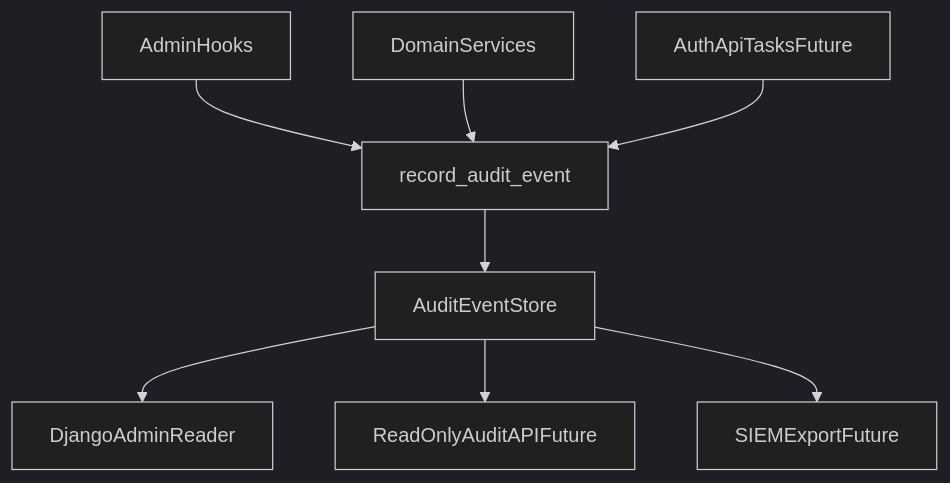
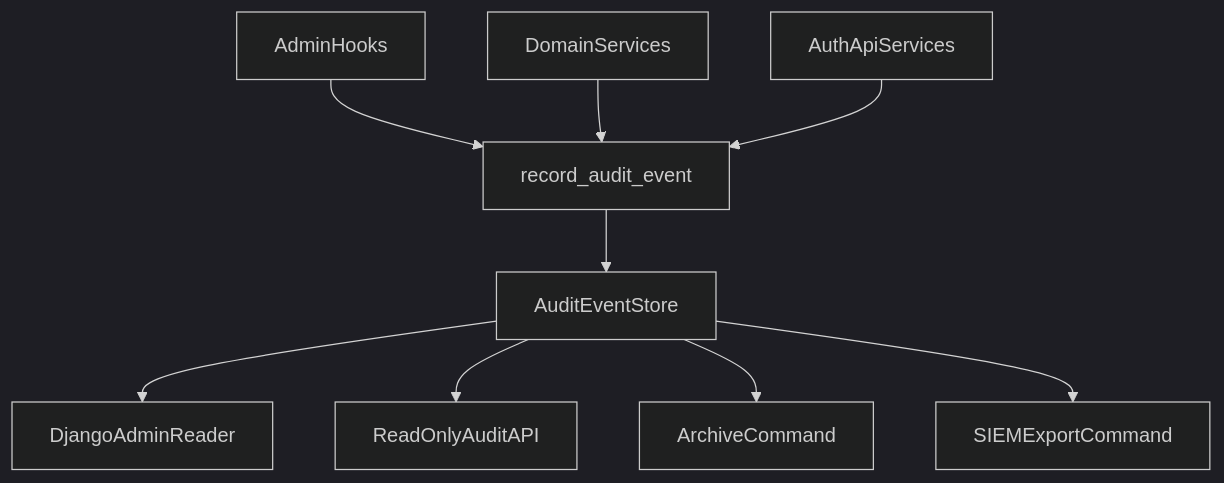
The diagram in docs/backend/common/audit-architecture.md (jand94/jdienst), drawn with Mermaid (dark theme) before and after one commit. The commit also changed other lines of this file and 34 other files, not shown here.

````diff
--- a/docs/backend/common/audit-architecture.md
+++ b/docs/backend/common/audit-architecture.md
@@ -28,10 +29,11 @@
 ```mermaid
 flowchart TD
     producerAdmin[AdminHooks] --> writer[record_audit_event]
     producerService[DomainServices] --> writer
-    producerFuture[AuthApiTasksFuture] --> writer
+    producerAuthApi[AuthApiServices] --> writer
     writer --> auditStore[AuditEventStore]
     auditStore --> adminReader[DjangoAdminReader]
-    auditStore --> apiReader[ReadOnlyAuditAPIFuture]
-    auditStore --> exportReader[SIEMExportFuture]
+    auditStore --> apiReader[ReadOnlyAuditAPI]
+    auditStore --> archivePath[ArchiveCommand]
+    auditStore --> exportReader[SIEMExportCommand]
 ```
````
